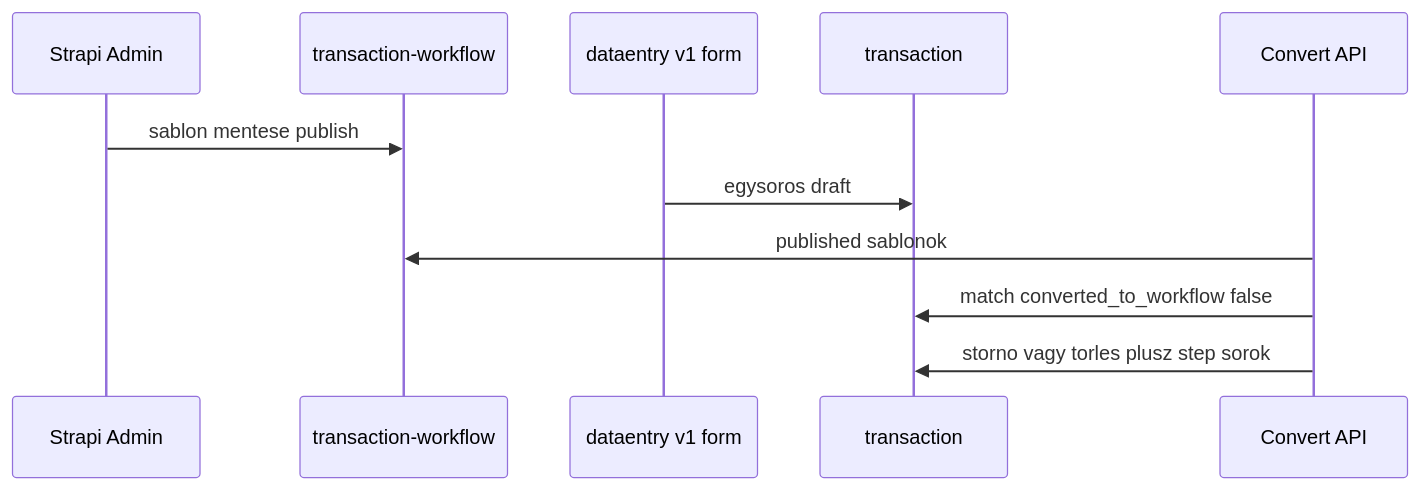
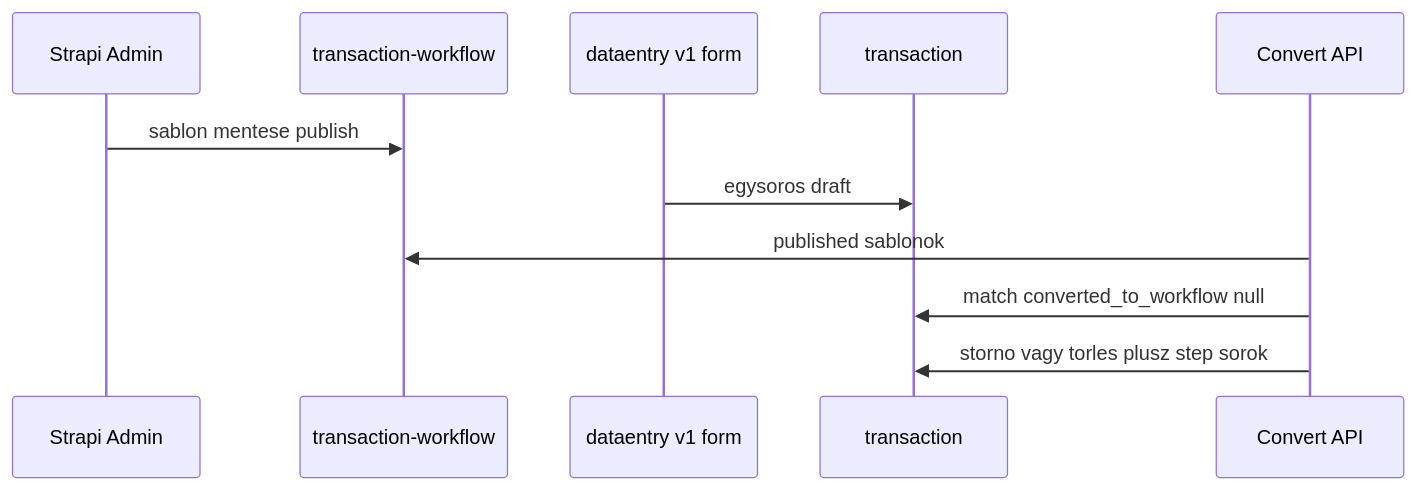
Diagram 14 of 15 in docs/transaction-workflow.md (pitiboy/curr), drawn with Mermaid before and after one commit. The commit also changed other lines of this file and 38 other files, not shown here.

````diff
--- a/docs/transaction-workflow.md
+++ b/docs/transaction-workflow.md
@@ -612,14 +612,14 @@
 ```mermaid
 sequenceDiagram
   participant Admin as Strapi Admin
   participant Wf as transaction-workflow
   participant Entry as dataentry v1 form
   participant Tx as transaction
   participant Api as Convert API
 
   Admin->>Wf: sablon mentese publish
   Entry->>Tx: egysoros draft
   Api->>Wf: published sablonok
-  Api->>Tx: match converted_to_workflow false
+  Api->>Tx: match converted_to_workflow null
   Api->>Tx: storno vagy torles plusz step sorok
 ```
````
